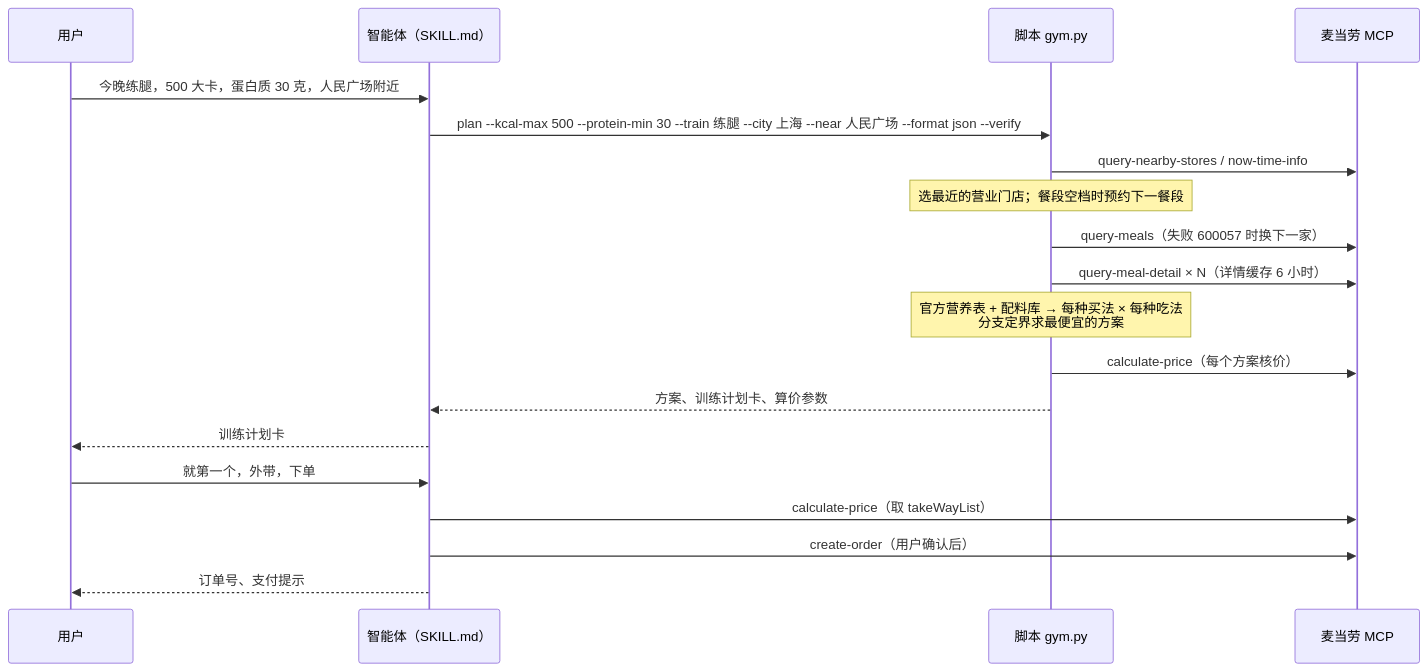
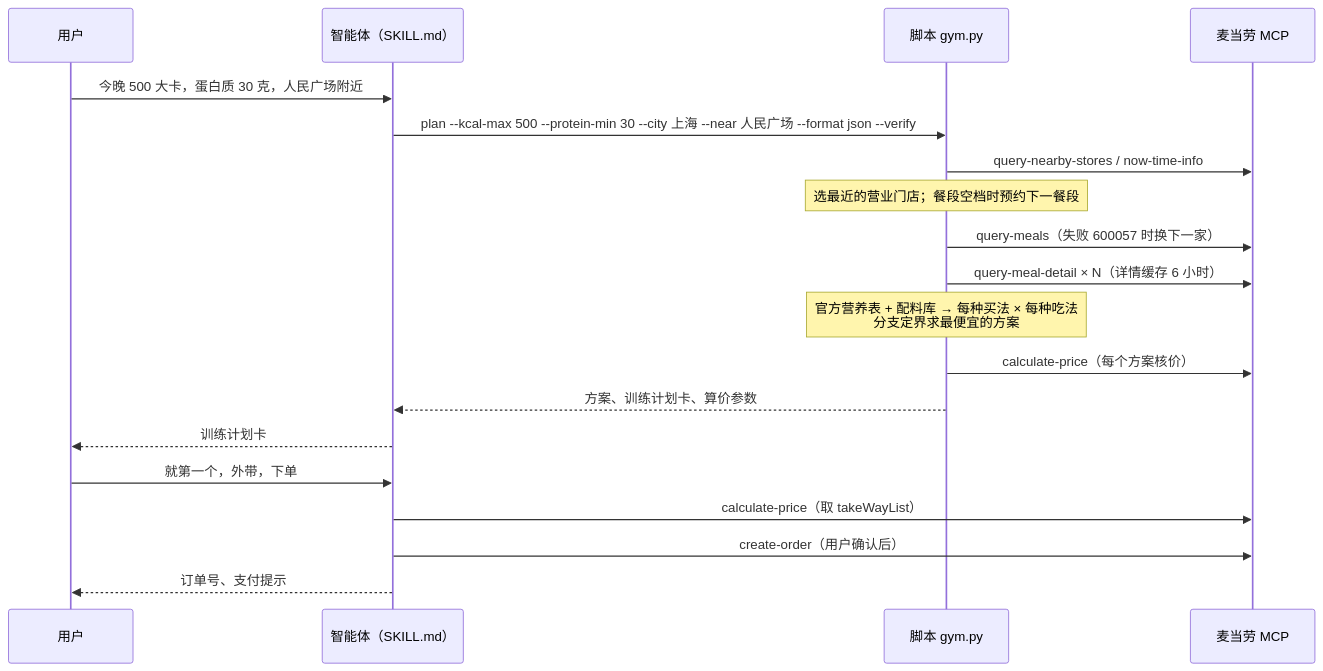
One commit to linzhiqin2003/mcfit-meal-planner changed the diagram in MCP_INTEGRATION.md. Above: the diagram before and after it, drawn with Mermaid. The commit also changed 22 other files, not shown here.

````diff
--- a/MCP_INTEGRATION.md
+++ b/MCP_INTEGRATION.md
@@ -28,22 +28,22 @@
 ```mermaid
 sequenceDiagram
     participant U as 用户
     participant A as 智能体（SKILL.md）
     participant S as 脚本 gym.py
     participant M as 麦当劳 MCP
 
-    U->>A: 今晚练腿，500 大卡，蛋白质 30 克，人民广场附近
-    A->>S: plan --kcal-max 500 --protein-min 30 --train 练腿 --city 上海 --near 人民广场 --format json --verify
+    U->>A: 今晚 500 大卡，蛋白质 30 克，人民广场附近
+    A->>S: plan --kcal-max 500 --protein-min 30 --city 上海 --near 人民广场 --format json --verify
     S->>M: query-nearby-stores / now-time-info
     Note over S: 选最近的营业门店；餐段空档时预约下一餐段
     S->>M: query-meals（失败 600057 时换下一家）
     S->>M: query-meal-detail × N（详情缓存 6 小时）
     Note over S: 官方营养表 + 配料库 → 每种买法 × 每种吃法<br/>分支定界求最便宜的方案
     S->>M: calculate-price（每个方案核价）
     S-->>A: 方案、训练计划卡、算价参数
     A-->>U: 训练计划卡
     U->>A: 就第一个，外带，下单
     A->>M: calculate-price（取 takeWayList）
     A->>M: create-order（用户确认后）
     A-->>U: 订单号、支付提示
 ```
````
